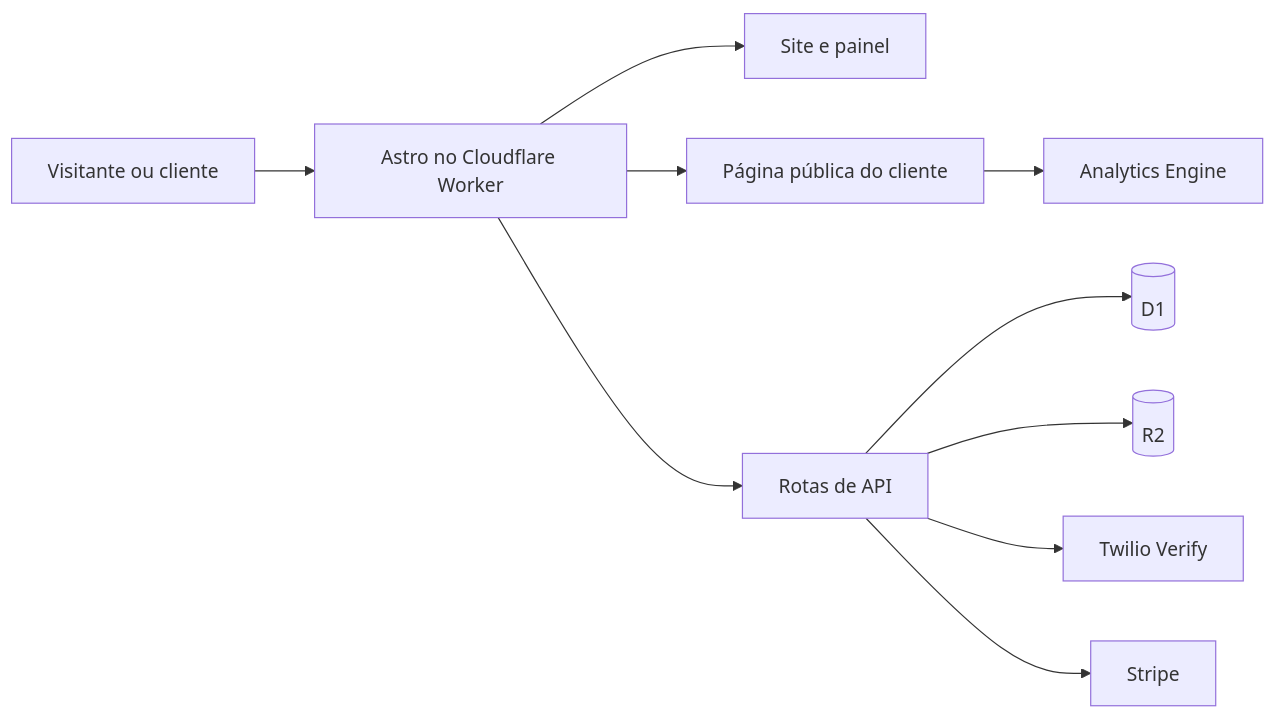
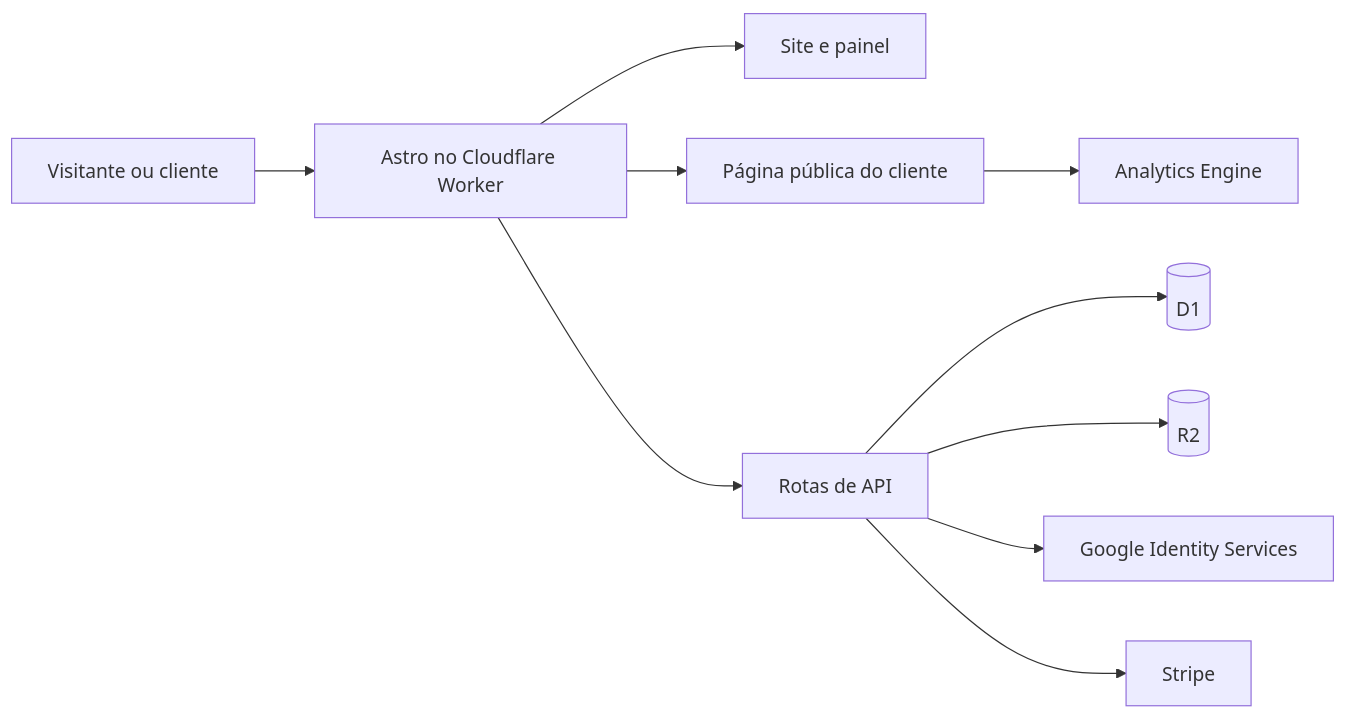
The diagram in README.md (Typistar-TI/vira), drawn with Mermaid before and after one commit. The commit also changed other lines of this file and 20 other files, not shown here.

````diff
--- a/README.md
+++ b/README.md
@@ -33,12 +33,12 @@
 ```mermaid
 flowchart LR
     A[Visitante ou cliente] --> B[Astro no Cloudflare Worker]
     B --> C[Site e painel]
     B --> D[Página pública do cliente]
     B --> E[Rotas de API]
     E --> F[(D1)]
     E --> G[(R2)]
-    E --> H[Twilio Verify]
+    E --> H[Google Identity Services]
     E --> I[Stripe]
     D --> J[Analytics Engine]
 ```
````
